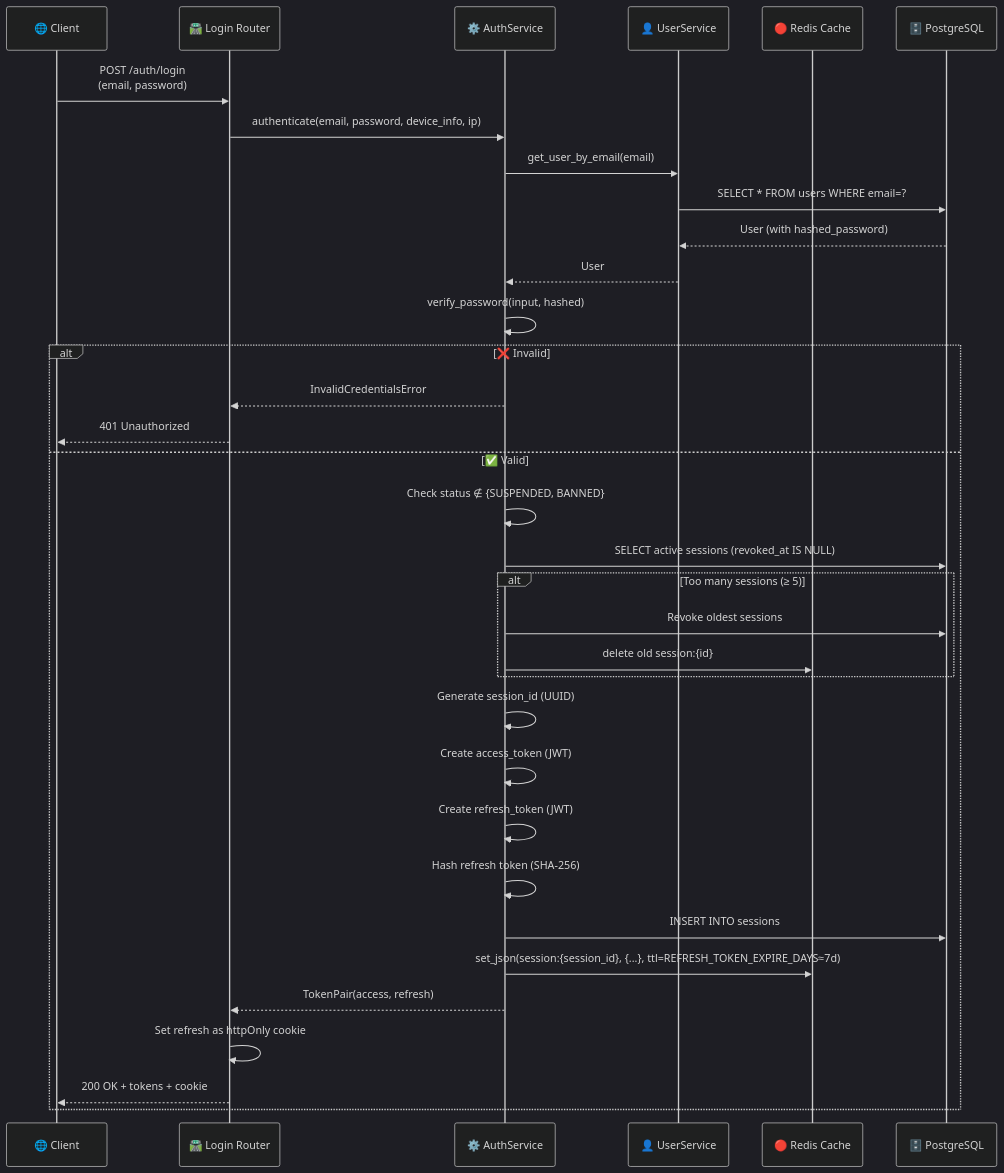
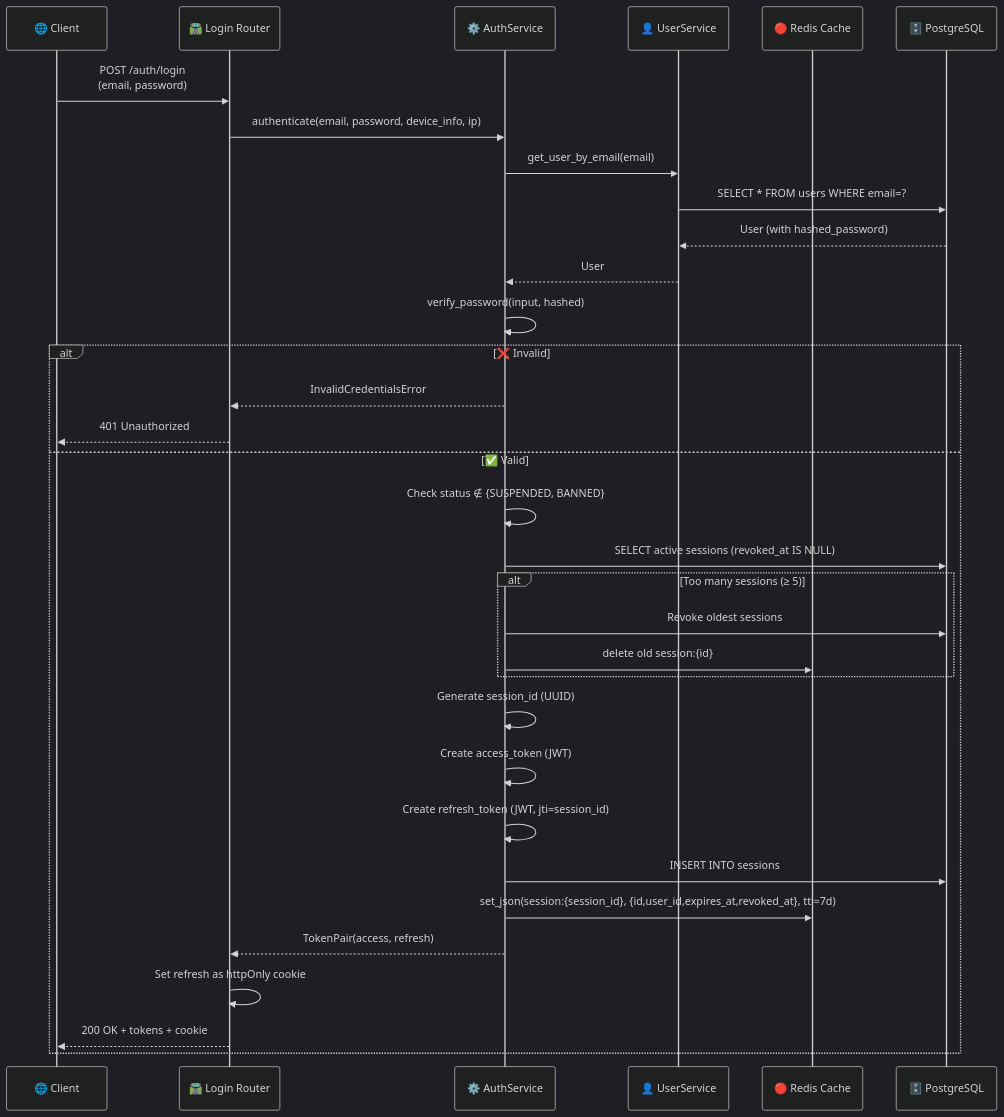
One commit to KartikRanjan/async-pulse changed the second of 10 diagrams in docs/architecture/REQUEST_LIFECYCLE_AND_CACHING.md. Above: the diagram before and after it, drawn with Mermaid (dark theme). The commit also changed other lines of this file and 9 other files, not shown here.

First line of the commit message:
refactor(auth): improve RTR resilience, caching efficiency, and DB schema

````diff
--- a/docs/architecture/REQUEST_LIFECYCLE_AND_CACHING.md
+++ b/docs/architecture/REQUEST_LIFECYCLE_AND_CACHING.md
@@ -73,47 +73,46 @@
 ```mermaid
 sequenceDiagram
     participant Client as 🌐 Client
     participant Router as 🛣️ Login Router
     participant AuthSvc as ⚙️ AuthService
     participant UserSvc as 👤 UserService
     participant Cache as 🔴 Redis Cache
     participant DB as 🗄️ PostgreSQL
 
     Client->>Router: POST /auth/login<br/>(email, password)
 
     Router->>AuthSvc: authenticate(email, password, device_info, ip)
 
     AuthSvc->>UserSvc: get_user_by_email(email)
     UserSvc->>DB: SELECT * FROM users WHERE email=?
     DB-->>UserSvc: User (with hashed_password)
     UserSvc-->>AuthSvc: User
 
     AuthSvc->>AuthSvc: verify_password(input, hashed)
 
     alt ❌ Invalid
         AuthSvc-->>Router: InvalidCredentialsError
         Router-->>Client: 401 Unauthorized
     else ✅ Valid
         AuthSvc->>AuthSvc: Check status ∉ {SUSPENDED, BANNED}
 
         AuthSvc->>DB: SELECT active sessions (revoked_at IS NULL)
 
         alt Too many sessions (≥ 5)
             AuthSvc->>DB: Revoke oldest sessions
             AuthSvc->>Cache: delete old session:{id}
         end
 
         AuthSvc->>AuthSvc: Generate session_id (UUID)
         AuthSvc->>AuthSvc: Create access_token (JWT)
-        AuthSvc->>AuthSvc: Create refresh_token (JWT)
-        AuthSvc->>AuthSvc: Hash refresh token (SHA-256)
+        AuthSvc->>AuthSvc: Create refresh_token (JWT, jti=session_id)
 
         AuthSvc->>DB: INSERT INTO sessions
 
-        AuthSvc->>Cache: set_json(session:{session_id}, {...}, ttl=REFRESH_TOKEN_EXPIRE_DAYS≈7d)
+        AuthSvc->>Cache: set_json(session:{session_id}, {id,user_id,expires_at,revoked_at}, ttl≈7d)
 
         AuthSvc-->>Router: TokenPair(access, refresh)
         Router->>Router: Set refresh as httpOnly cookie
         Router-->>Client: 200 OK + tokens + cookie
     end
 ```
````
